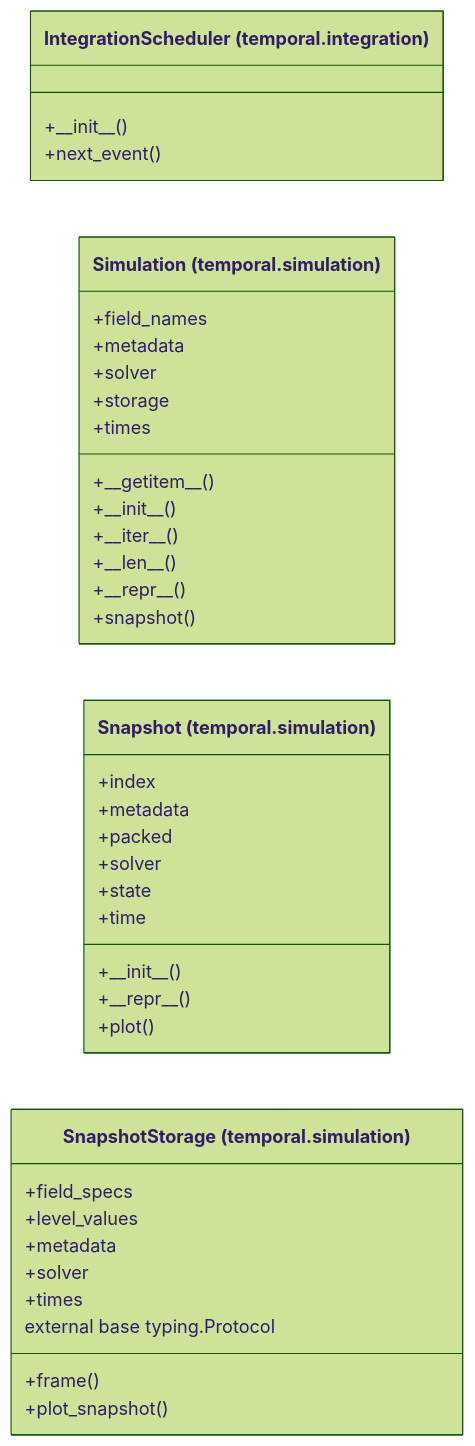
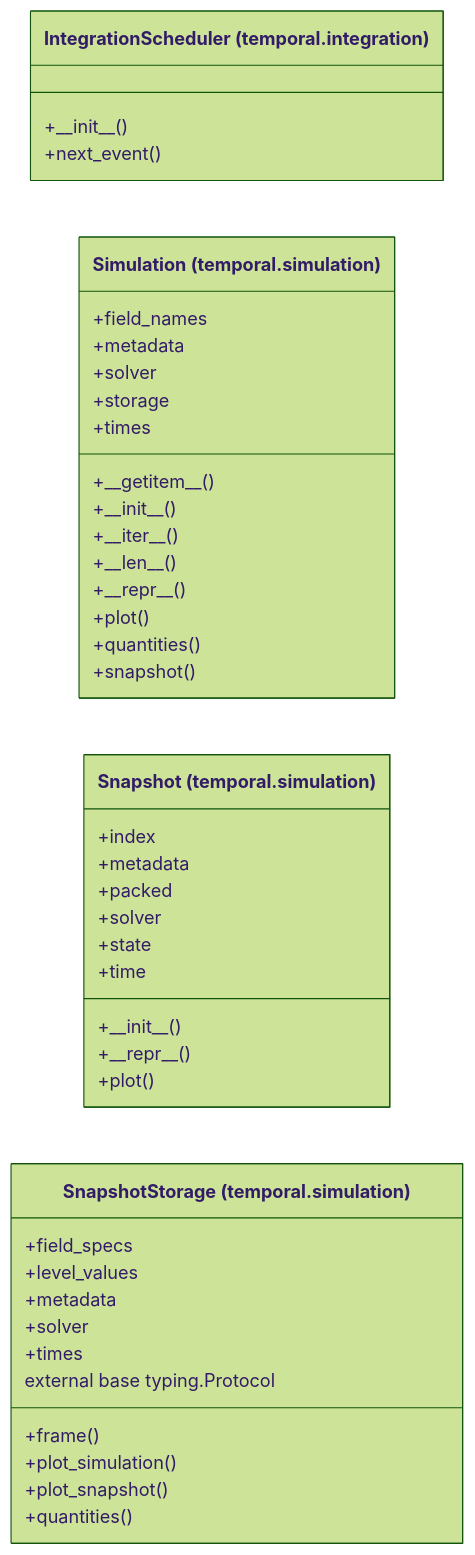
Before and after one commit to AlexandreEros/Palintropos: the diagram in docs/architecture/current/classes/tropoi.temporal.mmd, drawn with Mermaid (forest theme). The commit also changed 17 other files, not shown here.

First line of the commit message:
feat(api): Simulation.plot and Snapshot.plot(view=...) over saved runs

```diff
--- a/docs/architecture/current/classes/tropoi.temporal.mmd
+++ b/docs/architecture/current/classes/tropoi.temporal.mmd
@@ -1,38 +1,42 @@
 %% Generated by tools.architecture 1.0.0. Do not edit by hand.
 %% All classes defined in package tropoi.temporal.
 classDiagram
     direction LR
     class c_tropoi_otemporal_ointegration_oIntegrationScheduler["IntegrationScheduler (temporal.integration)"]
     c_tropoi_otemporal_ointegration_oIntegrationScheduler : +#95;#95;init#95;#95;()
     c_tropoi_otemporal_ointegration_oIntegrationScheduler : +next#95;event()
     class c_tropoi_otemporal_osimulation_oSimulation["Simulation (temporal.simulation)"]
     c_tropoi_otemporal_osimulation_oSimulation : +#95;#95;getitem#95;#95;()
     c_tropoi_otemporal_osimulation_oSimulation : +#95;#95;init#95;#95;()
     c_tropoi_otemporal_osimulation_oSimulation : +#95;#95;iter#95;#95;()
     c_tropoi_otemporal_osimulation_oSimulation : +#95;#95;len#95;#95;()
     c_tropoi_otemporal_osimulation_oSimulation : +#95;#95;repr#95;#95;()
     c_tropoi_otemporal_osimulation_oSimulation : +field#95;names
     c_tropoi_otemporal_osimulation_oSimulation : +metadata
+    c_tropoi_otemporal_osimulation_oSimulation : +plot()
+    c_tropoi_otemporal_osimulation_oSimulation : +quantities()
     c_tropoi_otemporal_osimulation_oSimulation : +snapshot()
     c_tropoi_otemporal_osimulation_oSimulation : +solver
     c_tropoi_otemporal_osimulation_oSimulation : +storage
     c_tropoi_otemporal_osimulation_oSimulation : +times
     class c_tropoi_otemporal_osimulation_oSnapshot["Snapshot (temporal.simulation)"]
     c_tropoi_otemporal_osimulation_oSnapshot : +#95;#95;init#95;#95;()
     c_tropoi_otemporal_osimulation_oSnapshot : +#95;#95;repr#95;#95;()
     c_tropoi_otemporal_osimulation_oSnapshot : +index
     c_tropoi_otemporal_osimulation_oSnapshot : +metadata
     c_tropoi_otemporal_osimulation_oSnapshot : +packed
     c_tropoi_otemporal_osimulation_oSnapshot : +plot()
     c_tropoi_otemporal_osimulation_oSnapshot : +solver
     c_tropoi_otemporal_osimulation_oSnapshot : +state
     c_tropoi_otemporal_osimulation_oSnapshot : +time
     class c_tropoi_otemporal_osimulation_oSnapshotStorage["SnapshotStorage (temporal.simulation)"]
     c_tropoi_otemporal_osimulation_oSnapshotStorage : +field#95;specs
     c_tropoi_otemporal_osimulation_oSnapshotStorage : +frame()
     c_tropoi_otemporal_osimulation_oSnapshotStorage : +level#95;values
     c_tropoi_otemporal_osimulation_oSnapshotStorage : +metadata
+    c_tropoi_otemporal_osimulation_oSnapshotStorage : +plot#95;simulation()
     c_tropoi_otemporal_osimulation_oSnapshotStorage : +plot#95;snapshot()
+    c_tropoi_otemporal_osimulation_oSnapshotStorage : +quantities()
     c_tropoi_otemporal_osimulation_oSnapshotStorage : +solver
     c_tropoi_otemporal_osimulation_oSnapshotStorage : +times
     c_tropoi_otemporal_osimulation_oSnapshotStorage : external base typing.Protocol
```
